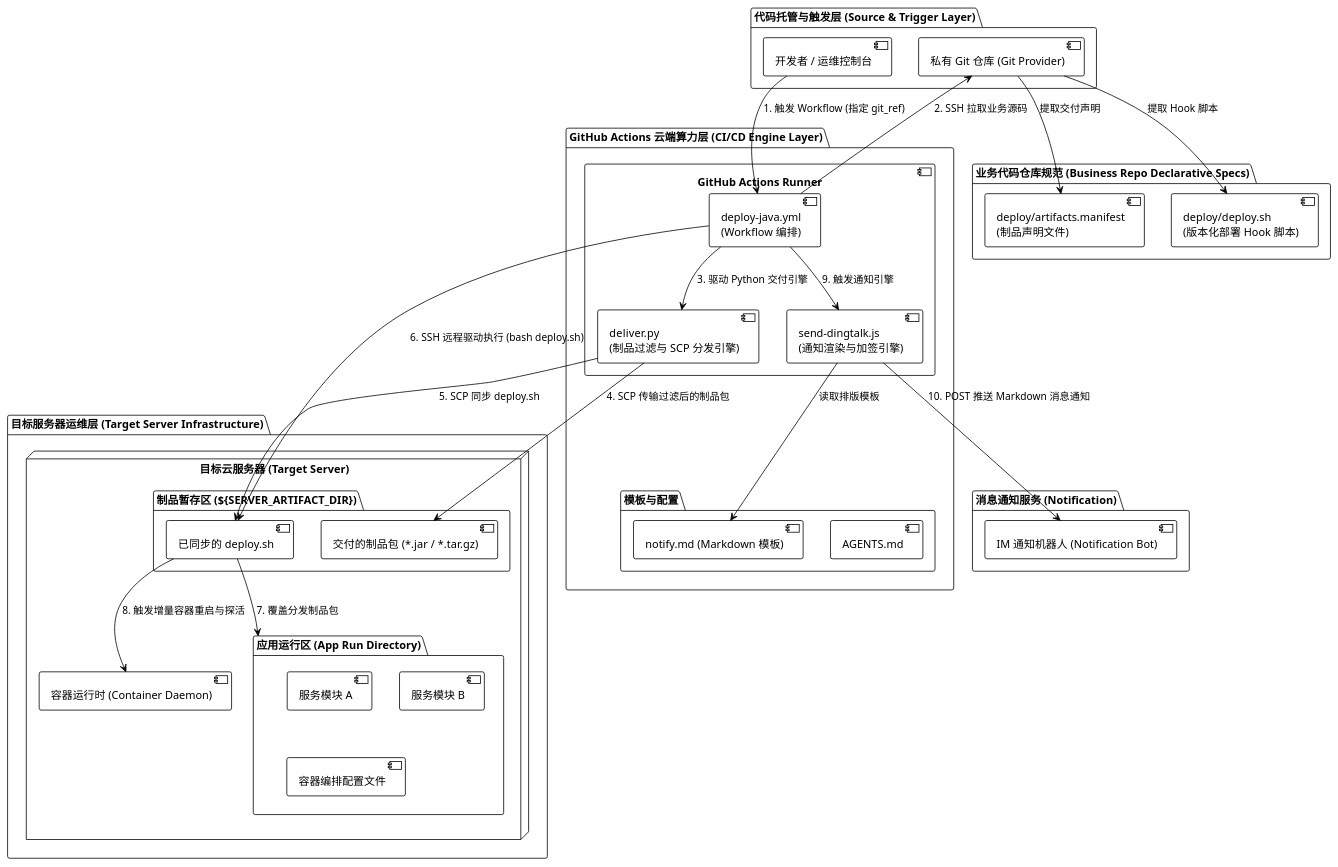
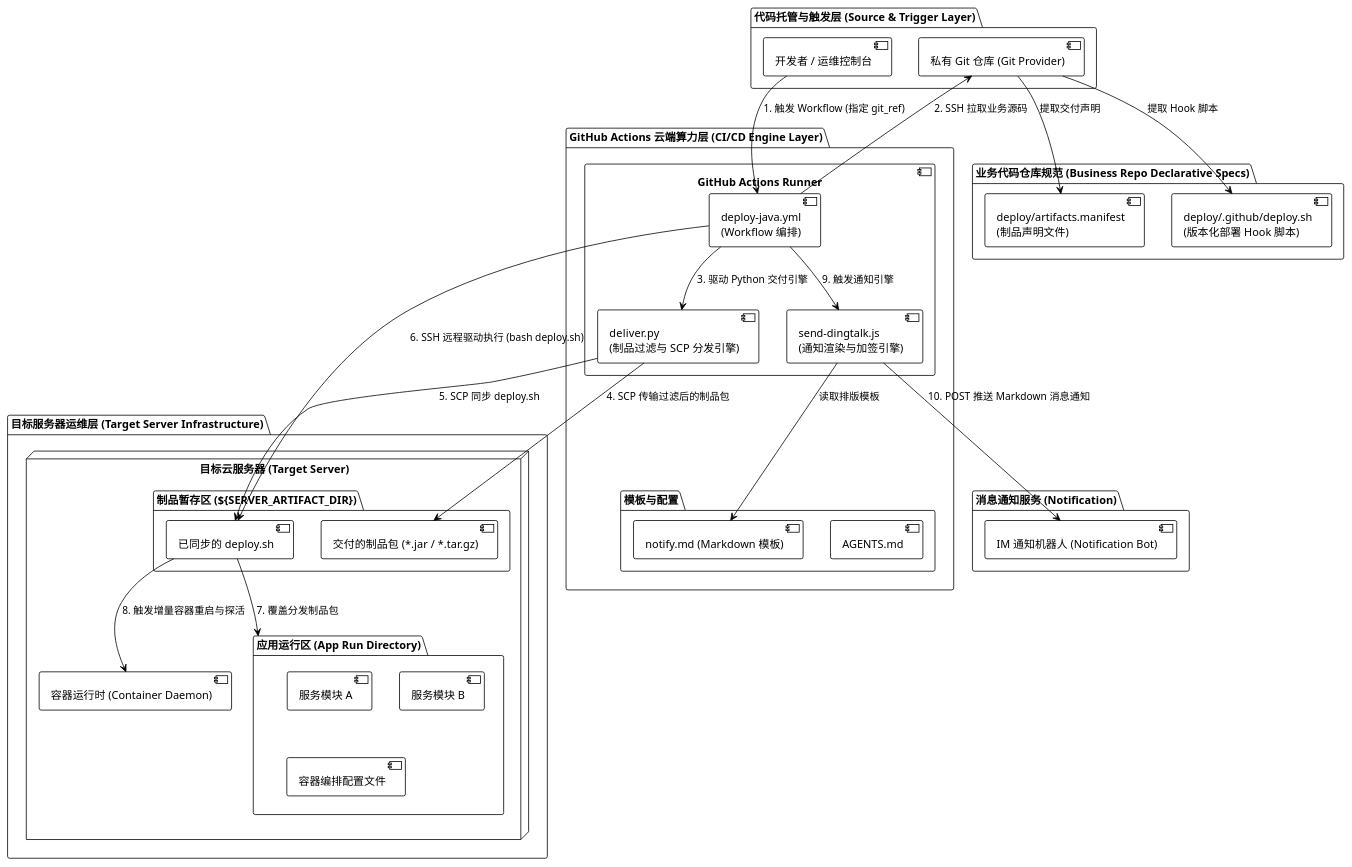
One commit to netbuffer/server-deploy-by-ga changed the diagram in docs/component-architecture.puml. Above: the diagram before and after it, drawn with PlantUML. The commit also changed 4 other files, not shown here.

Commit message:
refactor: update deploy script convention path to deploy/.github/deploy.sh

```diff
--- a/docs/component-architecture.puml
+++ b/docs/component-architecture.puml
@@ -1,64 +1,64 @@
 @startuml Component Architecture Diagram
 !theme plain
 
 package "代码托管与触发层 (Source & Trigger Layer)" {
   [开发者 / 运维控制台] as Console
   [私有 Git 仓库 (Git Provider)] as GitServer
 }
 
 package "GitHub Actions 云端算力层 (CI/CD Engine Layer)" {
   component "GitHub Actions Runner" as GARunner {
     [deploy-java.yml\n(Workflow 编排)] as Workflow
     [deliver.py\n(制品过滤与 SCP 分发引擎)] as DeliverScript
     [send-dingtalk.js\n(通知渲染与加签引擎)] as DingScript
   }
   folder "模板与配置" {
     [AGENTS.md]
     [notify.md (Markdown 模板)] as NotifyTemplate
   }
 }
 
 package "业务代码仓库规范 (Business Repo Declarative Specs)" {
   [deploy/artifacts.manifest\n(制品声明文件)] as ManifestSpec
-  [deploy/deploy.sh\n(版本化部署 Hook 脚本)] as ScriptSpec
+  [deploy/.github/deploy.sh\n(版本化部署 Hook 脚本)] as ScriptSpec
 }
 
 package "目标服务器运维层 (Target Server Infrastructure)" {
   node "目标云服务器 (Target Server)" as TargetServer {
     folder "制品暂存区 (${SERVER_ARTIFACT_DIR})" as ArtifactStorage {
       [交付的制品包 (*.jar / *.tar.gz)] as JarArtifacts
       [已同步的 deploy.sh] as DeliveredScript
     }
     
     folder "应用运行区 (App Run Directory)" as AppRunDir {
       [服务模块 A]
       [服务模块 B]
       [容器编排配置文件]
     }
     
     [容器运行时 (Container Daemon)] as ContainerDaemon
   }
 }
 
 package "消息通知服务 (Notification)" {
   [IM 通知机器人 (Notification Bot)] as DingBot
 }
 
 Console --> Workflow : 1. 触发 Workflow (指定 git_ref)
 Workflow --> GitServer : 2. SSH 拉取业务源码
 GitServer --> ManifestSpec : 提取交付声明
 GitServer --> ScriptSpec : 提取 Hook 脚本
 
 Workflow --> DeliverScript : 3. 驱动 Python 交付引擎
 DeliverScript --> JarArtifacts : 4. SCP 传输过滤后的制品包
 DeliverScript --> DeliveredScript : 5. SCP 同步 deploy.sh
 
 Workflow --> DeliveredScript : 6. SSH 远程驱动执行 (bash deploy.sh)
 DeliveredScript --> AppRunDir : 7. 覆盖分发制品包
 DeliveredScript --> ContainerDaemon : 8. 触发增量容器重启与探活
 
 Workflow --> DingScript : 9. 触发通知引擎
 DingScript --> NotifyTemplate : 读取排版模板
 DingScript --> DingBot : 10. POST 推送 Markdown 消息通知
 
 @enduml
```
